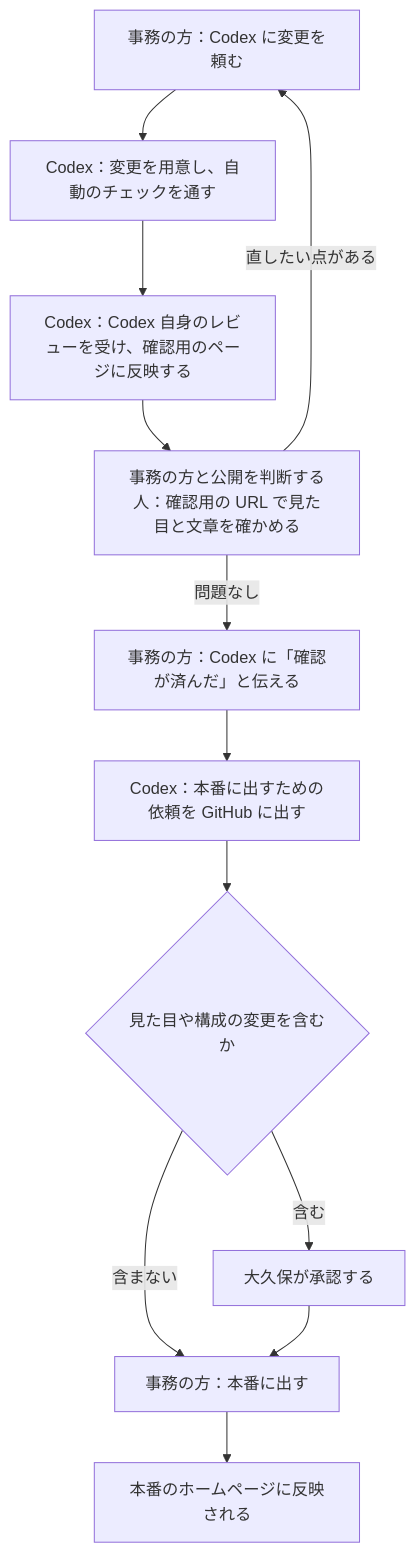
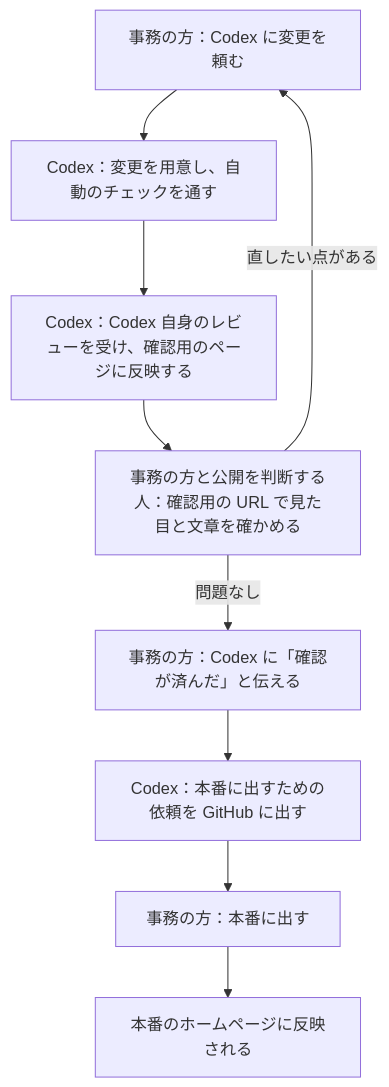
One commit to kotaokubo/murata-corporate-site changed the diagram in README.md. Above: the diagram before and after it, drawn with Mermaid. The commit also changed other lines of this file and 5 other files, not shown here.

````diff
--- a/README.md
+++ b/README.md
@@ -38,14 +38,11 @@
 ```mermaid
 flowchart TD
     A["事務の方：Codex に変更を頼む"] --> B["Codex：変更を用意し、自動のチェックを通す"]
     B --> C["Codex：Codex 自身のレビューを受け、確認用のページに反映する"]
     C --> D["事務の方と公開を判断する人：確認用の URL で見た目と文章を確かめる"]
     D -->|直したい点がある| A
     D -->|問題なし| E["事務の方：Codex に「確認が済んだ」と伝える"]
     E --> F["Codex：本番に出すための依頼を GitHub に出す"]
-    F --> G{"見た目や構成の変更を含むか"}
-    G -->|含む| H["大久保が承認する"]
-    G -->|含まない| I["事務の方：本番に出す"]
-    H --> I
+    F --> I["事務の方：本番に出す"]
     I --> J["本番のホームページに反映される"]
 ```
````
